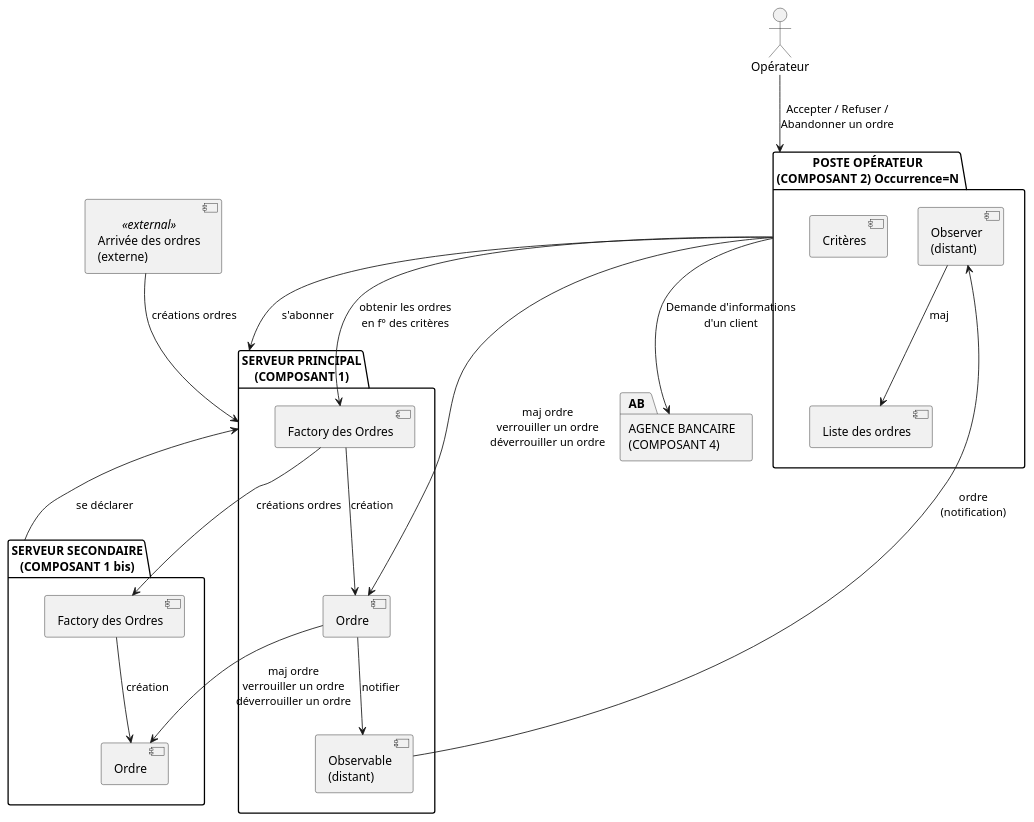
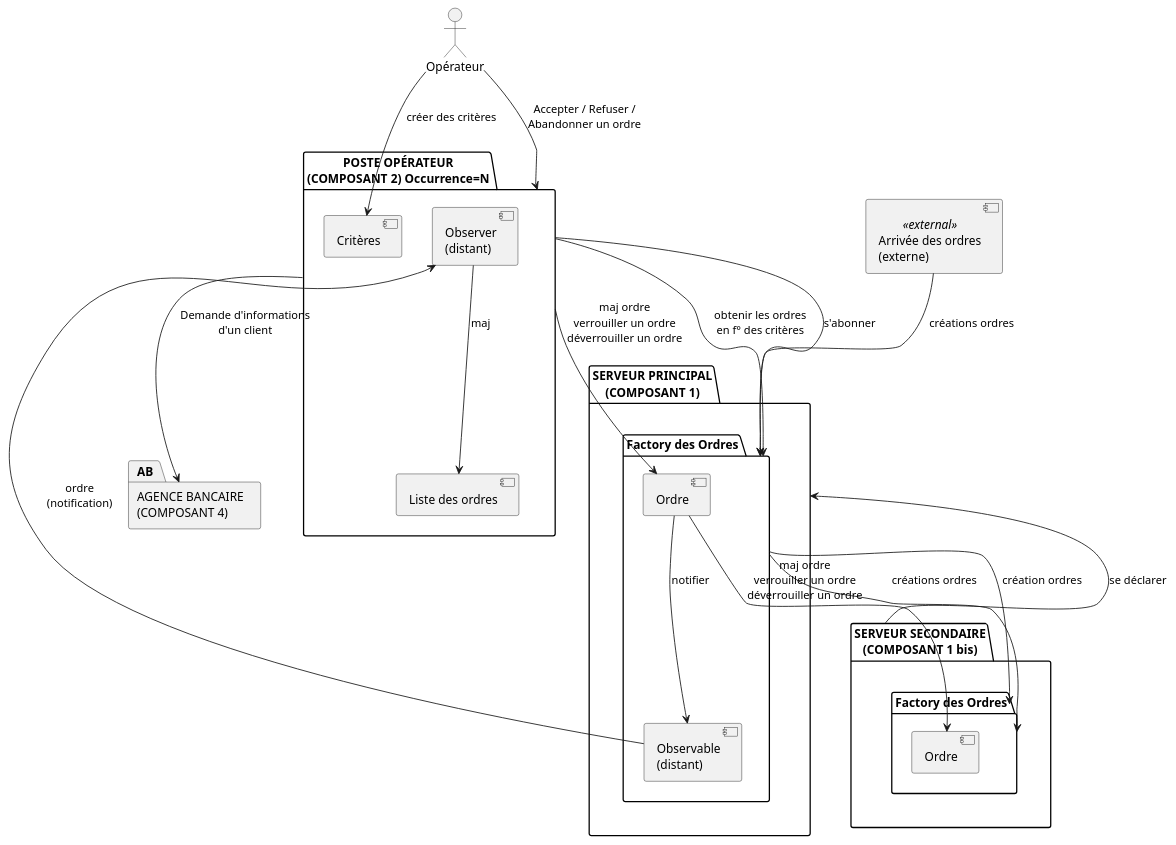
The diagram in 2023-2024/3.1.puml (enzofrnt/Annale-NSY102), drawn with PlantUML before and after one commit.

```diff
--- a/2023-2024/3.1.puml
+++ b/2023-2024/3.1.puml
@@ -1,75 +1,79 @@
 @startuml
 
 ' =========================
 ' Acteurs / externes
 ' =========================
 actor "Opérateur" as OP
 component "Arrivée des ordres\n(externe)" as EXT <<external>>
 
 ' =========================
 ' COMPOSANT 2 : Poste Opérateur (N occurrences)
 ' =========================
 package "POSTE OPÉRATEUR\n(COMPOSANT 2) Occurrence=N" as POSTE {
   component "Liste des ordres" as LISTE
   component "Observer\n(distant)" as OBS
   component "Critères" as CRIT
 }
 
 OBS --> LISTE : maj
 
 ' =========================
 ' COMPOSANT 1 : Serveur principal
 ' =========================
 package "SERVEUR PRINCIPAL\n(COMPOSANT 1)" as SP {
-  component "Factory des Ordres" as FACTORY
-  component "Ordre" as ORDRE
-  component "Observable\n(distant)" as OBSV
+  package "Factory des Ordres" as FACTORY {
+    component "Ordre" as ORDRE
+    component "Observable\n(distant)" as OBSV
+  }
 }
 
-FACTORY --> ORDRE : création
 ORDRE --> OBSV : notifier
 
 ' =========================
 ' COMPOSANT 1 bis : Serveur secondaire
 ' =========================
 package "SERVEUR SECONDAIRE\n(COMPOSANT 1 bis)" as SS {
-  component "Factory des Ordres" as FACTORY2
-  component "Ordre" as ORDRE2
+  package "Factory des Ordres" as FACTORY2 {
+    component "Ordre" as ORDRE2
+  }
 }
 
-FACTORY2 --> ORDRE2 : création
+FACTORY --> FACTORY2 : création ordres
 
 ' =========================
 ' COMPOSANT 4 : Agence bancaire
 ' =========================
 package "AGENCE BANCAIRE\n(COMPOSANT 4)" as AB
 
 ' =========================
 ' Flux / relations
 ' =========================
 
 ' Arrivée des ordres extérieurs
-EXT --> SP : créations ordres
+EXT --> FACTORY : créations ordres
 
 ' Opérateur → Poste
 OP --> POSTE : Accepter / Refuser /\nAbandonner un ordre
 
+
+OP --> CRIT : créer des critères
+
 ' Poste → Serveur principal
-POSTE --> SP : s'abonner
+POSTE --> FACTORY : s'abonner
 POSTE --> FACTORY : obtenir les ordres\nen f° des critères
 POSTE --> ORDRE : maj ordre\nverrouiller un ordre\ndéverrouiller un ordre
 
 ' Serveur principal → Poste (notification Observer/Observable)
 OBSV --> OBS : ordre\n(notification)
 
 ' Serveur secondaire → Serveur principal
 SS --> SP : se déclarer
 
 ' Serveur principal → Serveur secondaire
 FACTORY --> FACTORY2 : créations ordres
 ORDRE --> ORDRE2 : maj ordre\nverrouiller un ordre\ndéverrouiller un ordre
 
 ' Poste → Agence bancaire
 POSTE --> AB : Demande d'informations\nd'un client
 
 @enduml
```
